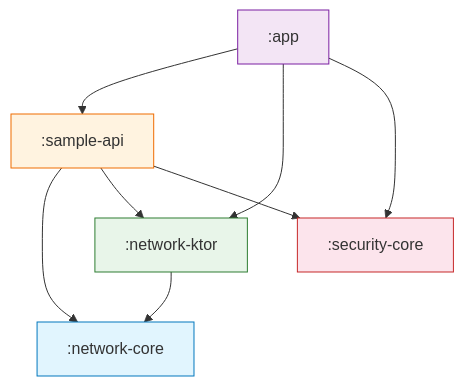
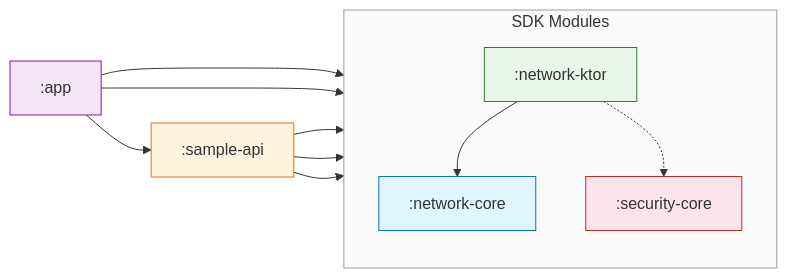
Before and after one commit to DanCrRdz93/core-data-platform: the second of 4 diagrams in README.md, drawn with Mermaid. The commit also changed other lines of this file and 8 other files, not shown here.

Commit message:
update diagrams

````diff
--- a/README.md
+++ b/README.md
@@ -831,22 +849,30 @@
 ```mermaid
-graph TD
+graph LR
     APP[":app"]
     SA[":sample-api"]
-    NK[":network-ktor"]
-    NC[":network-core"]
-    SC[":security-core"]
+
+    subgraph SDK["SDK Modules"]
+        direction TB
+        NK[":network-ktor"]
+        NC[":network-core"]
+        SC[":security-core"]
+    end
 
     APP --> SA
     APP --> NK
     APP --> SC
+
     SA --> NC
     SA --> NK
     SA --> SC
+
     NK --> NC
+    NK -.-> SC
 
+    style SDK fill:#fafafa,stroke:#9e9e9e
     style NC fill:#e1f5fe,stroke:#0277bd
     style SC fill:#fce4ec,stroke:#c62828
     style NK fill:#e8f5e9,stroke:#2e7d32
     style SA fill:#fff3e0,stroke:#ef6c00
     style APP fill:#f3e5f5,stroke:#7b1fa2
 ```
````
